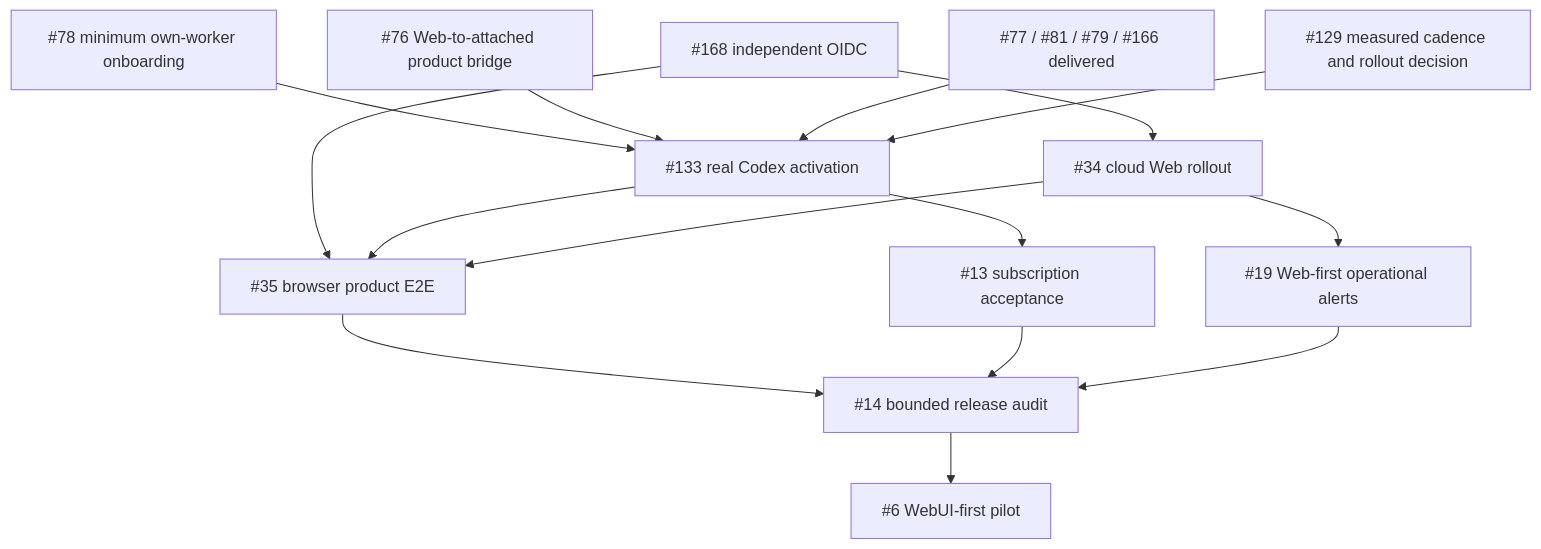
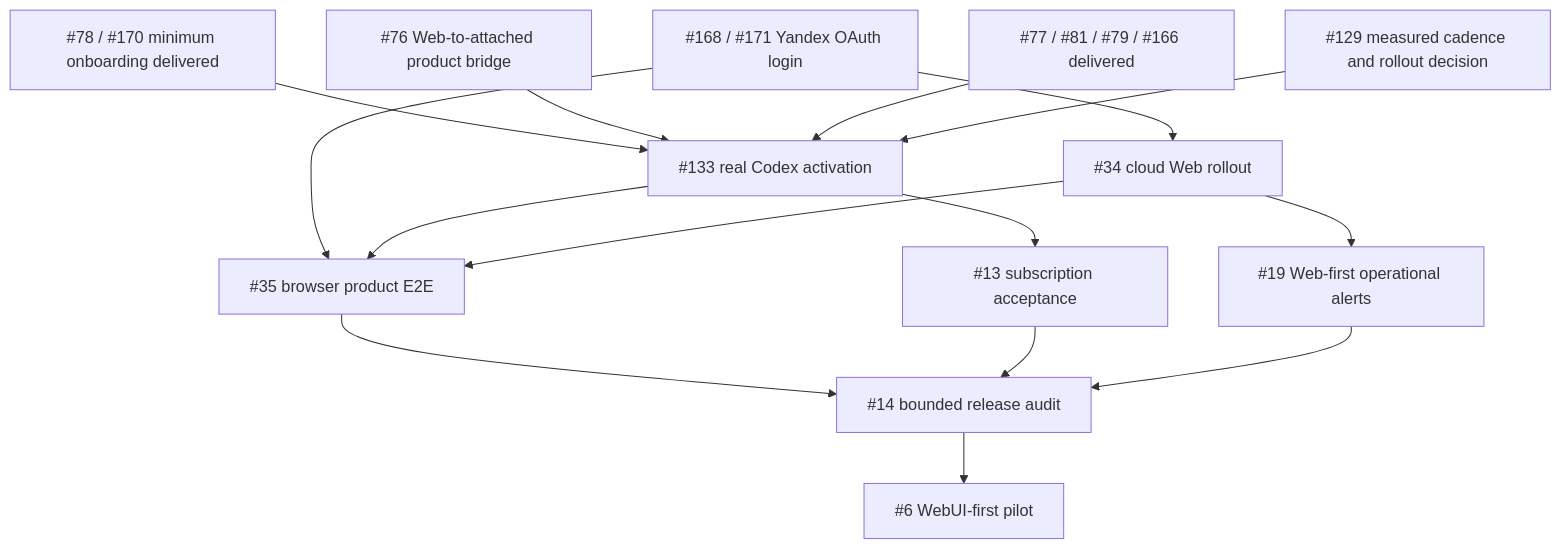
One commit to urandon/sessionless changed the first of 2 diagrams in docs/mvp-delivery-plan.md. Above: the diagram before and after it, drawn with Mermaid. The commit also changed other lines of this file and 36 other files, not shown here.

Commit message:
feat(web): add Yandex OAuth login and explicit pilot provisioning

````diff
--- a/docs/mvp-delivery-plan.md
+++ b/docs/mvp-delivery-plan.md
@@ -93,17 +99,17 @@
 ```mermaid
 flowchart TD
-    AUTH["#168 independent OIDC"] --> WEB["#34 cloud Web rollout"]
+    AUTH["#168 / #171 Yandex OAuth login"] --> WEB["#34 cloud Web rollout"]
     AUTH --> E2E["#35 browser product E2E"]
-    ENROLL["#78 minimum own-worker onboarding"] --> REAL["#133 real Codex activation"]
+    ENROLL["#78 / #170 minimum onboarding delivered"] --> REAL["#133 real Codex activation"]
     BRIDGE["#76 Web-to-attached product bridge"] --> REAL
     SAFETY["#77 / #81 / #79 / #166 delivered"] --> REAL
     COST["#129 measured cadence and rollout decision"] --> REAL
     REAL --> E2E
     WEB --> E2E
     REAL --> SUB["#13 subscription acceptance"]
     WEB --> ALERT["#19 Web-first operational alerts"]
     E2E --> RELEASE["#14 bounded release audit"]
     SUB --> RELEASE
     ALERT --> RELEASE
     RELEASE --> MVP["#6 WebUI-first pilot"]
 ```
````
